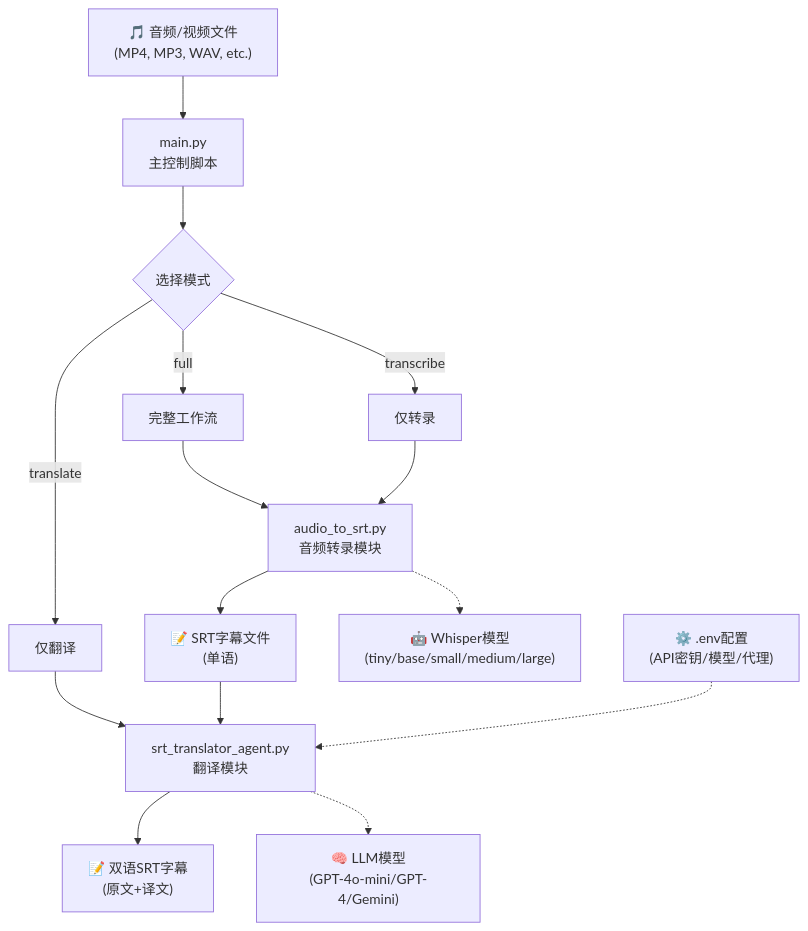
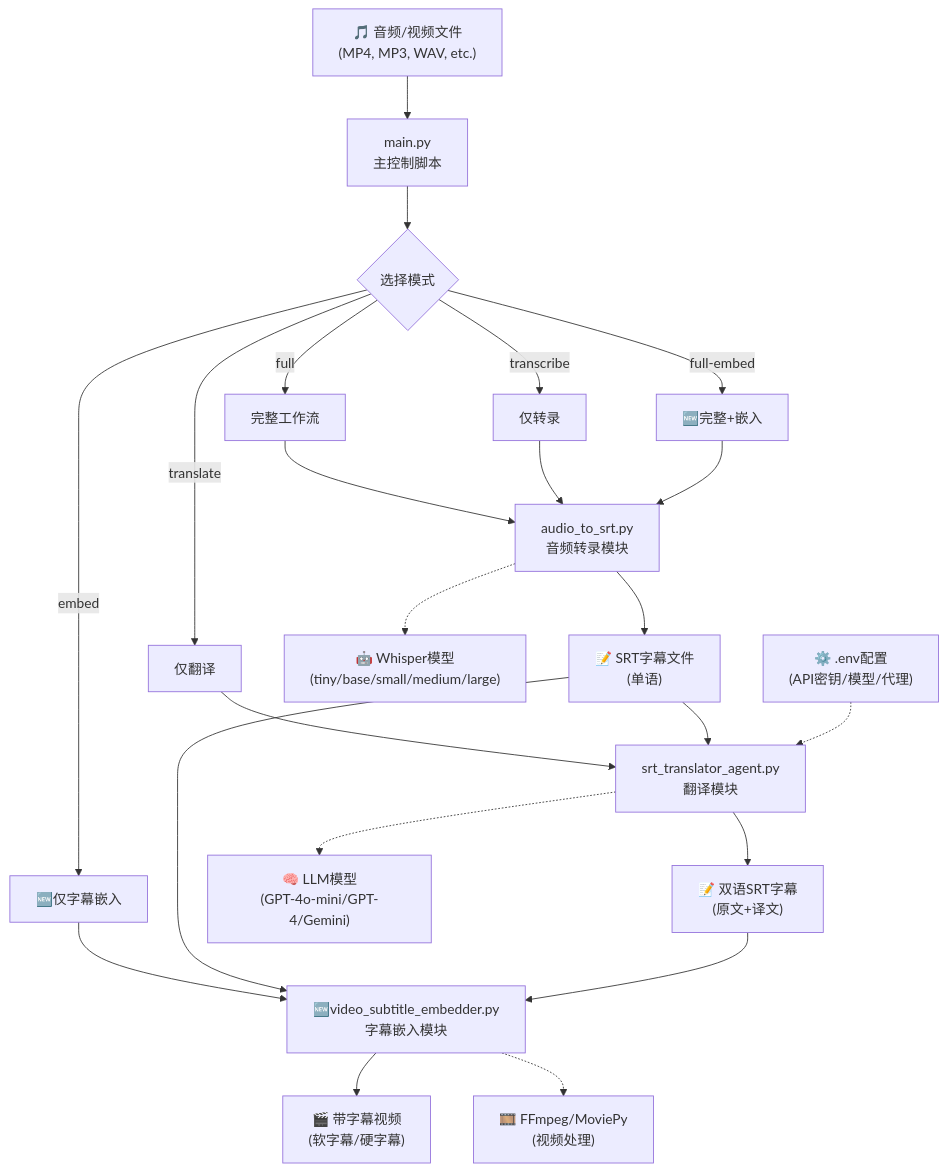
Before and after one commit to ccpowe/Bilingual-Subtitles: the diagram in README.md, drawn with Mermaid. The commit also changed other lines of this file and 8 other files, not shown here.

````diff
--- a/README.md
+++ b/README.md
@@ -7,22 +7,30 @@
 ```mermaid
 graph TD
     A["🎵 音频/视频文件<br/>(MP4, MP3, WAV, etc.)"] --> B["main.py<br/>主控制脚本"]
     
     B --> C{"选择模式"}
     C -->|full| D["完整工作流"]
     C -->|transcribe| E["仅转录"]
     C -->|translate| F["仅翻译"]
+    C -->|embed| G["🆕仅字幕嵌入"]
+    C -->|full-embed| H["🆕完整+嵌入"]
     
-    D --> G["audio_to_srt.py<br/>音频转录模块"]
-    E --> G
-    F --> I["srt_translator_agent.py<br/>翻译模块"]
+    D --> I["audio_to_srt.py<br/>音频转录模块"]
+    E --> I
+    F --> J["srt_translator_agent.py<br/>翻译模块"]
+    G --> K["🆕video_subtitle_embedder.py<br/>字幕嵌入模块"]
+    H --> I
     
-    G --> H["📝 SRT字幕文件<br/>(单语)"]
-    H --> I
-    I --> J["📝 双语SRT字幕<br/>(原文+译文)"]
+    I --> L["📝 SRT字幕文件<br/>(单语)"]
+    L --> J
+    J --> M["📝 双语SRT字幕<br/>(原文+译文)"]
+    L --> K
+    M --> K
+    K --> N["🎬 带字幕视频<br/>(软字幕/硬字幕)"]
     
-    G -.-> K["🤖 Whisper模型<br/>(tiny/base/small/medium/large)"]
-    I -.-> L["🧠 LLM模型<br/>(GPT-4o-mini/GPT-4/Gemini)"]
+    I -.-> O["🤖 Whisper模型<br/>(tiny/base/small/medium/large)"]
+    J -.-> P["🧠 LLM模型<br/>(GPT-4o-mini/GPT-4/Gemini)"]
+    K -.-> Q["🎞️ FFmpeg/MoviePy<br/>(视频处理)"]
     
-    M["⚙️ .env配置<br/>(API密钥/模型/代理)"] -.-> I
+    R["⚙️ .env配置<br/>(API密钥/模型/代理)"] -.-> J
 ```
````
